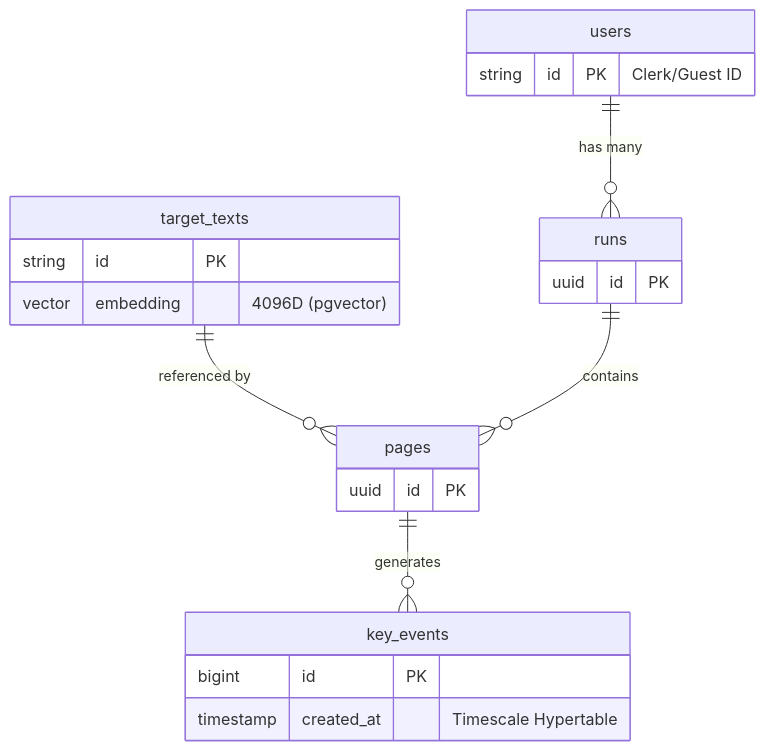
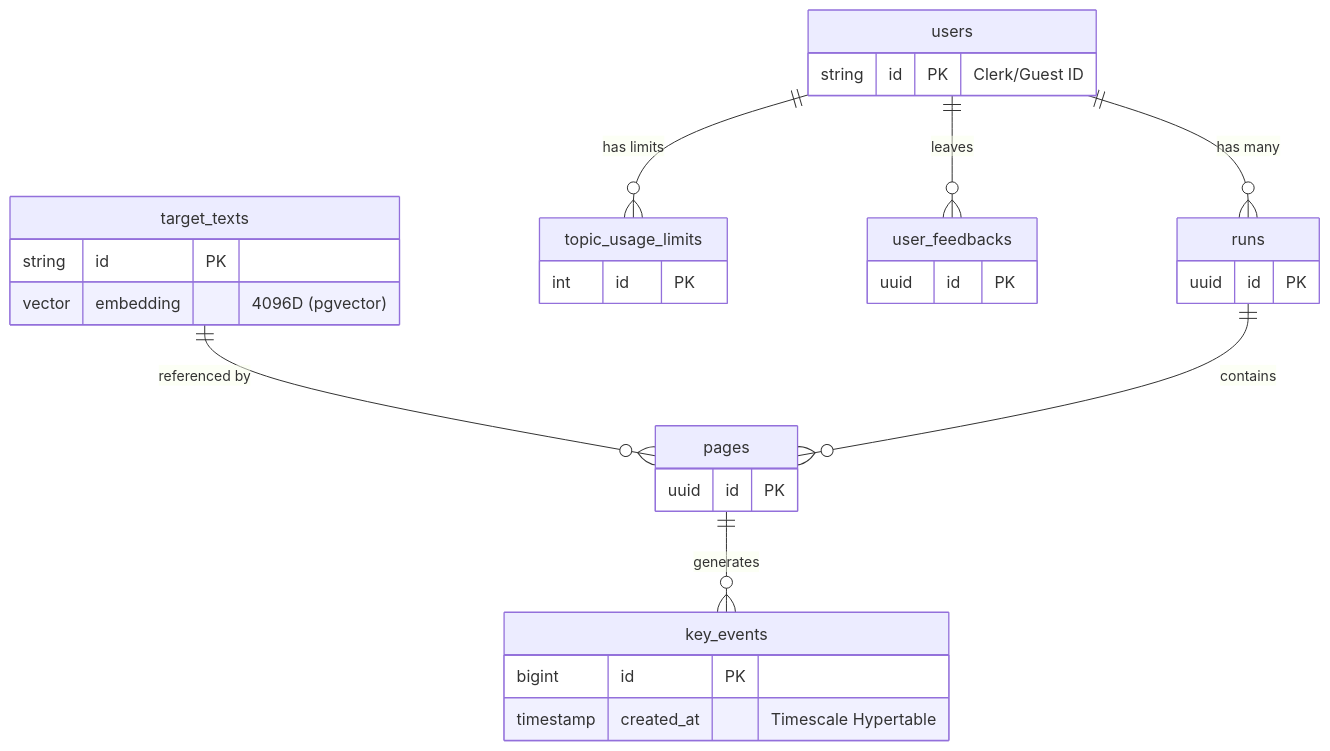
Before and after one commit to JSkutor/typediag: the diagram in docs/DB_SCHEMA.md, drawn with Mermaid. The commit also changed other lines of this file and 10 other files, not shown here.

````diff
--- a/docs/DB_SCHEMA.md
+++ b/docs/DB_SCHEMA.md
@@ -10,25 +12,33 @@
 ```mermaid
 erDiagram
     users ||--o{ runs : "has many"
+    users ||--o{ topic_usage_limits : "has limits"
+    users ||--o{ user_feedbacks : "leaves"
     target_texts ||--o{ pages : "referenced by"
     runs ||--o{ pages : "contains"
     pages ||--o{ key_events : "generates"
     
     users {
         string id PK "Clerk/Guest ID"
     }
     target_texts {
         string id PK
         vector embedding "4096D (pgvector)"
     }
     runs {
         uuid id PK
     }
     pages {
         uuid id PK
     }
     key_events {
         bigint id PK
         timestamp created_at "Timescale Hypertable"
     }
+    topic_usage_limits {
+        int id PK
+    }
+    user_feedbacks {
+        uuid id PK
+    }
 ```
````
